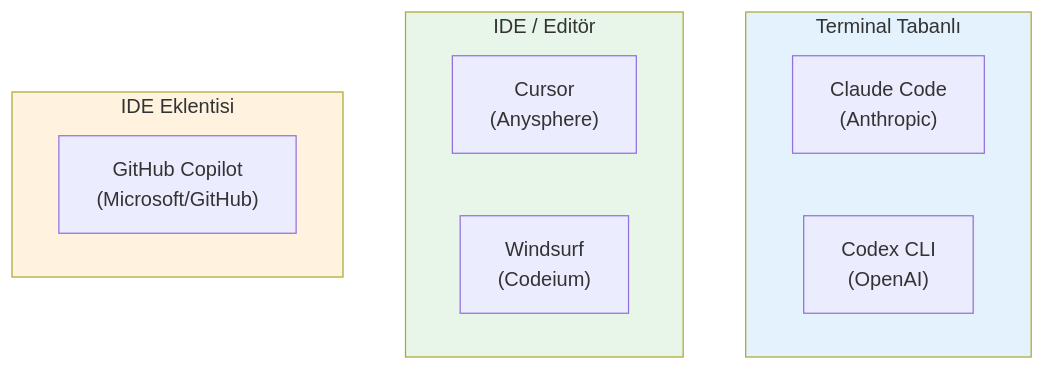
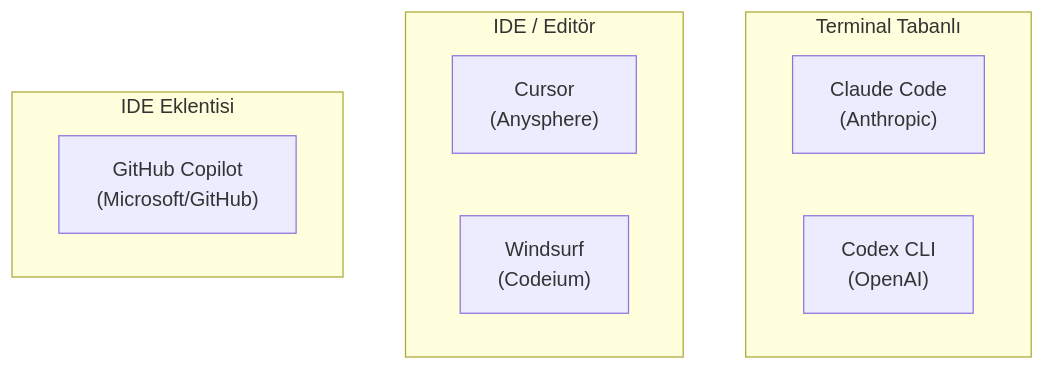
One commit to IzzetYasinAtes/ClaudeCodeHandbook changed the first of 3 diagrams in 04-ai-destekli-gelistirme/05-ai-kodlama-araclari-karsilastirma.md. Above: the diagram before and after it, drawn with Mermaid. The commit also changed other lines of this file and 97 other files, not shown here.

Commit message:
Remove all custom Mermaid style/fill colors from 98 markdown files for consistent dark theme rendering

````diff
--- a/04-ai-destekli-gelistirme/05-ai-kodlama-araclari-karsilastirma.md
+++ b/04-ai-destekli-gelistirme/05-ai-kodlama-araclari-karsilastirma.md
@@ -17,20 +17,17 @@
 ```mermaid
 flowchart TD
     subgraph terminal ["Terminal Tabanlı"]
         A["Claude Code<br/>(Anthropic)"]
         B["Codex CLI<br/>(OpenAI)"]
     end
 
     subgraph ide ["IDE / Editör"]
         C["Cursor<br/>(Anysphere)"]
         D["Windsurf<br/>(Codeium)"]
     end
 
     subgraph plugin ["IDE Eklentisi"]
         E["GitHub Copilot<br/>(Microsoft/GitHub)"]
     end
 
-    style terminal fill:#E3F2FD
-    style ide fill:#E8F5E9
-    style plugin fill:#FFF3E0
 ```
````
